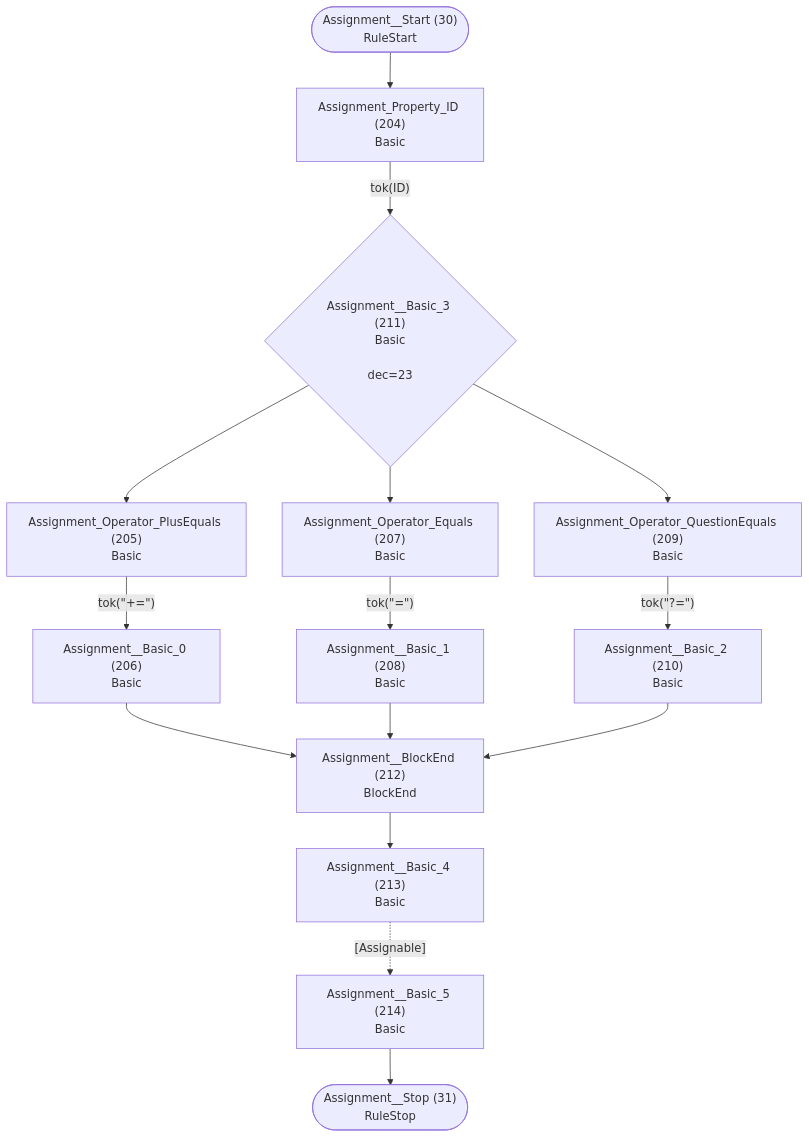
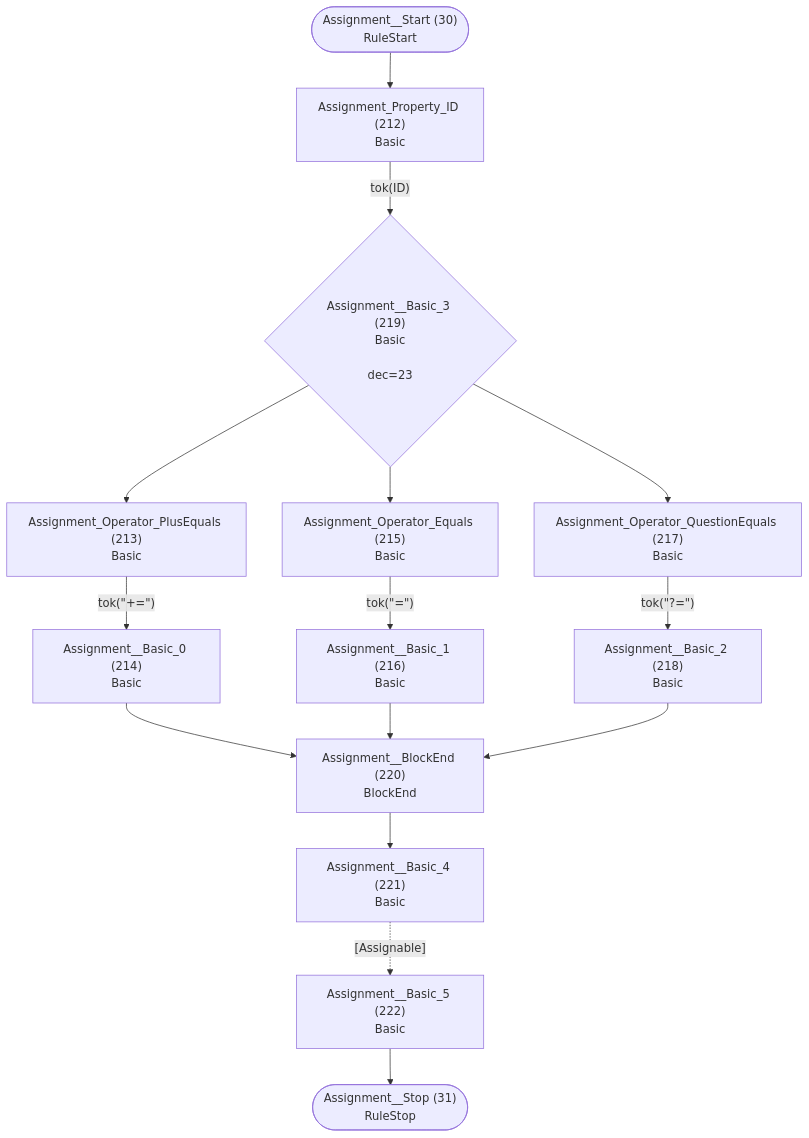
Diagram 16 of 29 in internal/grammar/atn.md (TypeFox/fastbelt), drawn with Mermaid before and after one commit. The commit also changed other lines of this file and 41 other files, not shown here.

````diff
--- a/internal/grammar/atn.md
+++ b/internal/grammar/atn.md
@@ -493,31 +498,31 @@
 ```mermaid
 flowchart TD
     q30(["Assignment__Start (30)<br/>RuleStart"])
     q31(["Assignment__Stop (31)<br/>RuleStop"])
-    q204["Assignment_Property_ID (204)<br/>Basic<br/>"]
-    q205["Assignment_Operator_PlusEquals (205)<br/>Basic<br/>"]
-    q206["Assignment__Basic_0 (206)<br/>Basic<br/>"]
-    q207["Assignment_Operator_Equals (207)<br/>Basic<br/>"]
-    q208["Assignment__Basic_1 (208)<br/>Basic<br/>"]
-    q209["Assignment_Operator_QuestionEquals (209)<br/>Basic<br/>"]
-    q210["Assignment__Basic_2 (210)<br/>Basic<br/>"]
-    q211{"Assignment__Basic_3 (211)<br/>Basic<br/><br/>dec=23"}
-    q212["Assignment__BlockEnd (212)<br/>BlockEnd<br/>"]
-    q213["Assignment__Basic_4 (213)<br/>Basic<br/>"]
-    q214["Assignment__Basic_5 (214)<br/>Basic<br/>"]
+    q212["Assignment_Property_ID (212)<br/>Basic<br/>"]
+    q213["Assignment_Operator_PlusEquals (213)<br/>Basic<br/>"]
+    q214["Assignment__Basic_0 (214)<br/>Basic<br/>"]
+    q215["Assignment_Operator_Equals (215)<br/>Basic<br/>"]
+    q216["Assignment__Basic_1 (216)<br/>Basic<br/>"]
+    q217["Assignment_Operator_QuestionEquals (217)<br/>Basic<br/>"]
+    q218["Assignment__Basic_2 (218)<br/>Basic<br/>"]
+    q219{"Assignment__Basic_3 (219)<br/>Basic<br/><br/>dec=23"}
+    q220["Assignment__BlockEnd (220)<br/>BlockEnd<br/>"]
+    q221["Assignment__Basic_4 (221)<br/>Basic<br/>"]
+    q222["Assignment__Basic_5 (222)<br/>Basic<br/>"]
 
-    q30 --> q204
-    q204 -->|"tok(ID)"| q211
-    q205 -->|"tok(&quot;+=&quot;)"| q206
-    q206 --> q212
-    q207 -->|"tok(&quot;=&quot;)"| q208
-    q208 --> q212
-    q209 -->|"tok(&quot;?=&quot;)"| q210
-    q210 --> q212
-    q211 --> q205
-    q211 --> q207
-    q211 --> q209
-    q212 --> q213
-    q213 -.->|"[Assignable]"| q214
-    q214 --> q31
+    q30 --> q212
+    q212 -->|"tok(ID)"| q219
+    q213 -->|"tok(&quot;+=&quot;)"| q214
+    q214 --> q220
+    q215 -->|"tok(&quot;=&quot;)"| q216
+    q216 --> q220
+    q217 -->|"tok(&quot;?=&quot;)"| q218
+    q218 --> q220
+    q219 --> q213
+    q219 --> q215
+    q219 --> q217
+    q220 --> q221
+    q221 -.->|"[Assignable]"| q222
+    q222 --> q31
 ```
````
